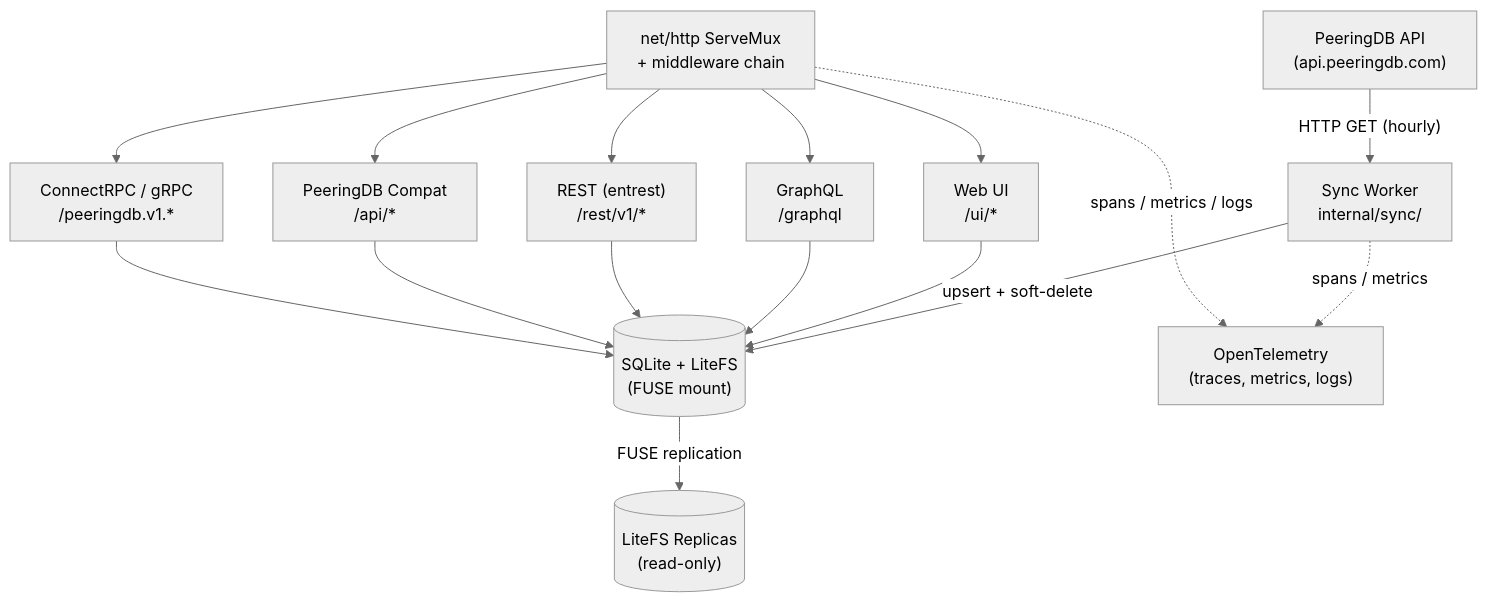
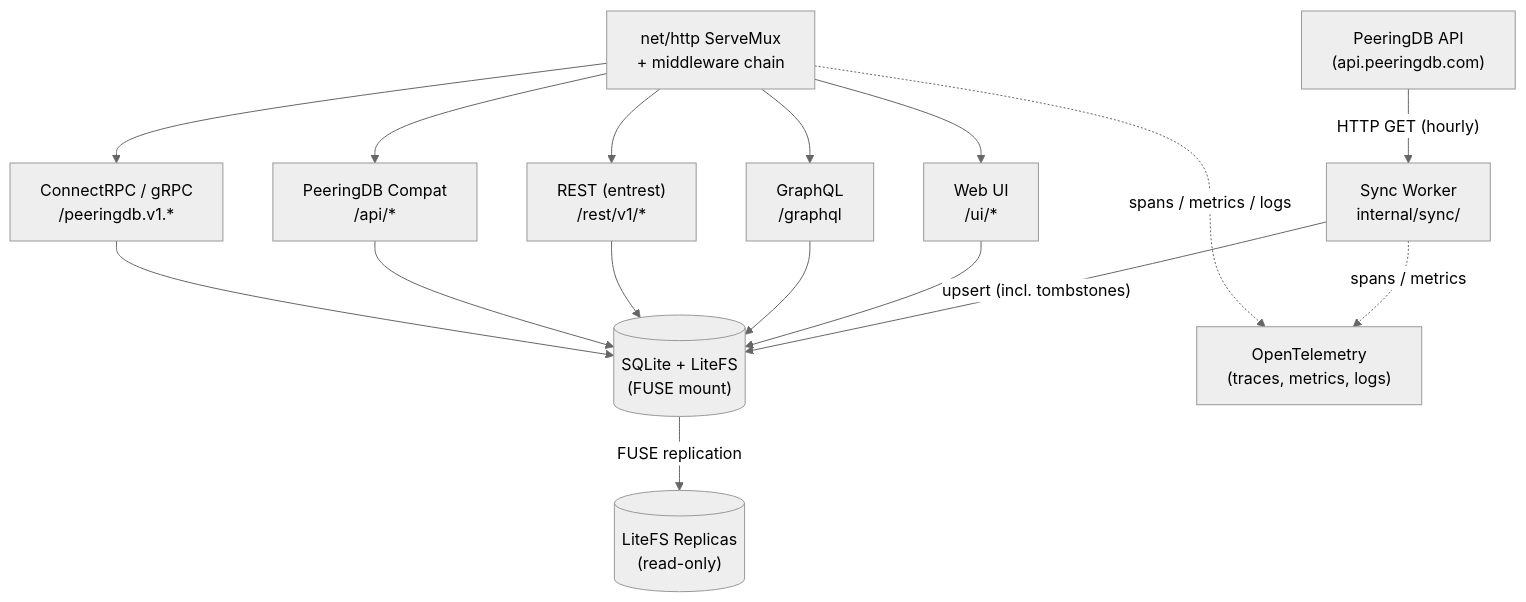
The first of 2 diagrams in docs/ARCHITECTURE.md (dotwaffle/peeringdb-plus), drawn with Mermaid (neutral theme) before and after one commit. The commit also changed other lines of this file, not shown here.

First line of the commit message:
docs: drop the removed inference-by-absence delete path

````diff
--- a/docs/ARCHITECTURE.md
+++ b/docs/ARCHITECTURE.md
@@ -21,30 +21,30 @@
 ```mermaid
 graph TD
     PDB["PeeringDB API<br/>(api.peeringdb.com)"]
     W["Sync Worker<br/>internal/sync/"]
     DB[("SQLite + LiteFS<br/>(FUSE mount)")]
     REP[("LiteFS Replicas<br/>(read-only)")]
     MUX["net/http ServeMux<br/>+ middleware chain"]
     WEB["Web UI<br/>/ui/*"]
     GQL["GraphQL<br/>/graphql"]
     REST["REST (entrest)<br/>/rest/v1/*"]
     COMPAT["PeeringDB Compat<br/>/api/*"]
     RPC["ConnectRPC / gRPC<br/>/peeringdb.v1.*"]
     OTEL["OpenTelemetry<br/>(traces, metrics, logs)"]
 
     PDB -->|"HTTP GET (hourly)"| W
-    W -->|"upsert + soft-delete"| DB
+    W -->|"upsert (incl. tombstones)"| DB
     DB -->|"FUSE replication"| REP
     MUX --> WEB
     MUX --> GQL
     MUX --> REST
     MUX --> COMPAT
     MUX --> RPC
     WEB --> DB
     GQL --> DB
     REST --> DB
     COMPAT --> DB
     RPC --> DB
     W -.->|"spans / metrics"| OTEL
     MUX -.->|"spans / metrics / logs"| OTEL
 ```
````
